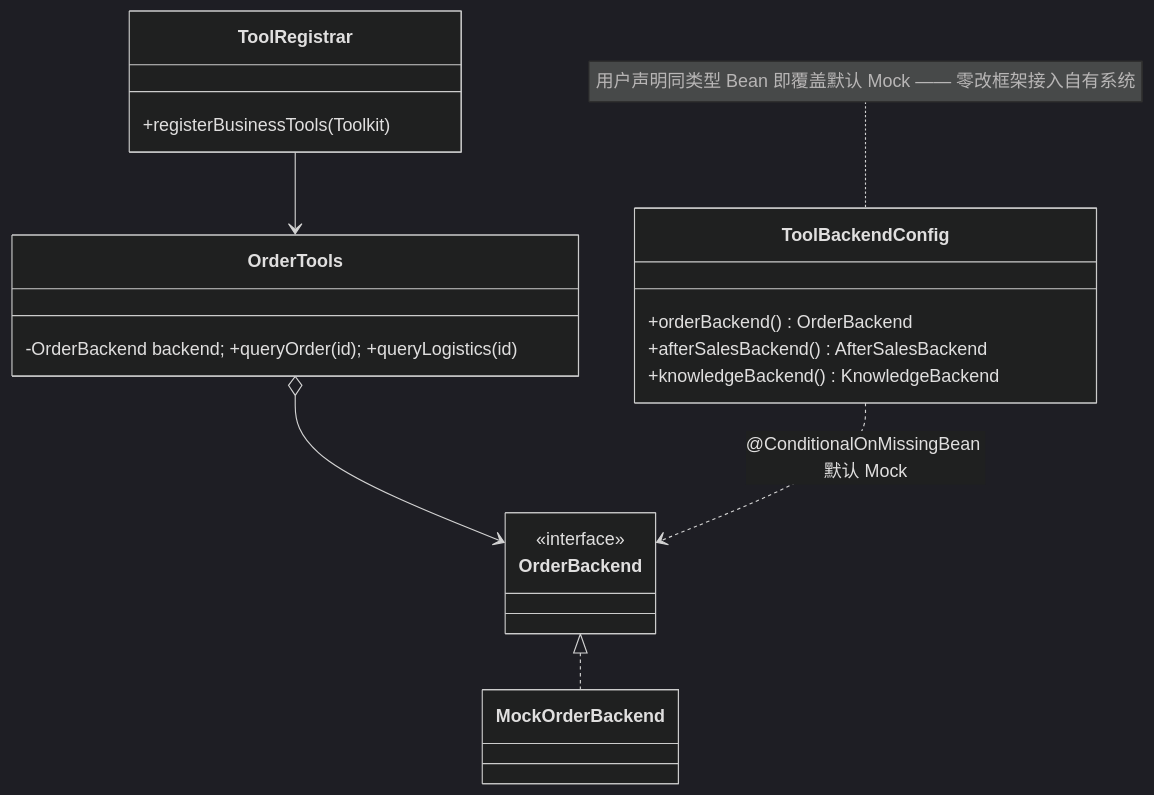
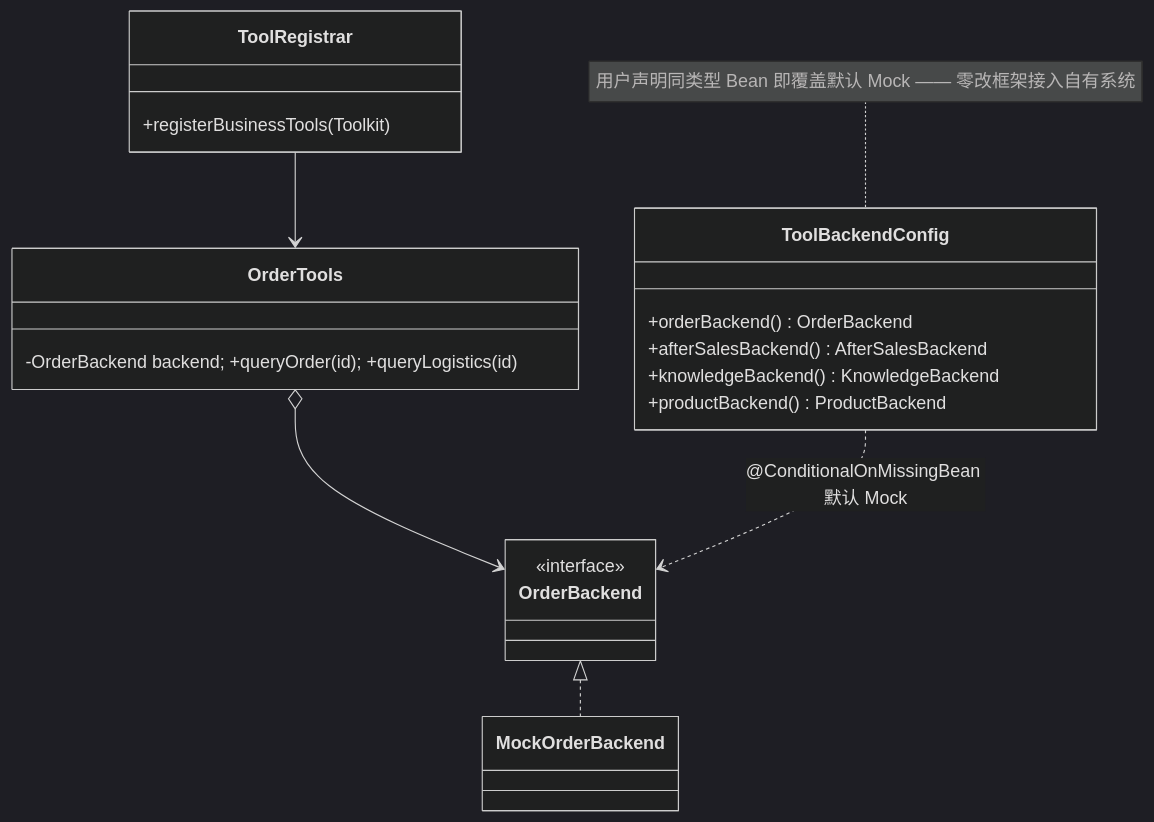
One commit to liulangjietou/customer_work changed the sixth of 29 diagrams in docs/详细技术文档.md. Above: the diagram before and after it, drawn with Mermaid (dark theme). The commit also changed other lines of this file and 16 other files, not shown here.

````diff
--- a/docs/详细技术文档.md
+++ b/docs/详细技术文档.md
@@ -278,17 +278,18 @@
 ```mermaid
 classDiagram
     class ToolRegistrar { +registerBusinessTools(Toolkit) }
     class OrderTools { -OrderBackend backend; +queryOrder(id); +queryLogistics(id) }
     class OrderBackend { <<interface>> }
     class MockOrderBackend
     class ToolBackendConfig {
         +orderBackend() OrderBackend
         +afterSalesBackend() AfterSalesBackend
         +knowledgeBackend() KnowledgeBackend
+        +productBackend() ProductBackend
     }
     OrderBackend <|.. MockOrderBackend
     OrderTools o--> OrderBackend
     ToolRegistrar --> OrderTools
     ToolBackendConfig ..> OrderBackend : @ConditionalOnMissingBean 默认 Mock
     note for ToolBackendConfig "用户声明同类型 Bean 即覆盖默认 Mock —— 零改框架接入自有系统"
 ```
````
